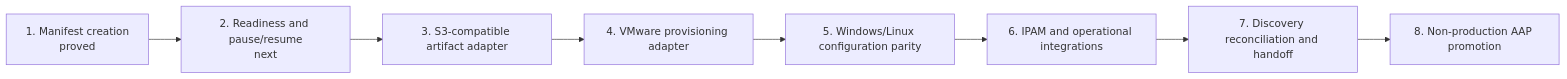
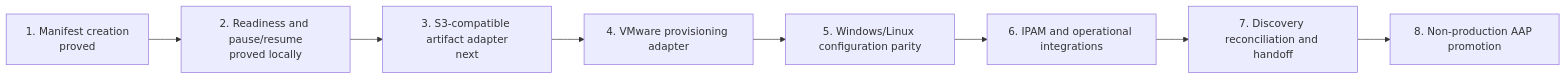
One commit to KhalilGibrotha/pipeline-playground changed the diagram in docs/roadmap.md. Above: the diagram before and after it, drawn with Mermaid. The commit also changed other lines of this file and 43 other files, not shown here.

````diff
--- a/docs/roadmap.md
+++ b/docs/roadmap.md
@@ -19,10 +23,10 @@
 ```mermaid
 flowchart LR
-    M1["1. Manifest creation<br/>proved"] --> M2["2. Readiness and pause/resume<br/>next"]
-    M2 --> M3["3. S3-compatible artifact adapter"]
+    M1["1. Manifest creation<br/>proved"] --> M2["2. Readiness and pause/resume<br/>proved locally"]
+    M2 --> M3["3. S3-compatible artifact adapter<br/>next"]
     M3 --> M4["4. VMware provisioning adapter"]
     M4 --> M5["5. Windows/Linux configuration parity"]
     M5 --> M6["6. IPAM and operational integrations"]
     M6 --> M7["7. Discovery reconciliation and handoff"]
     M7 --> M8["8. Non-production AAP promotion"]
 ```
````
